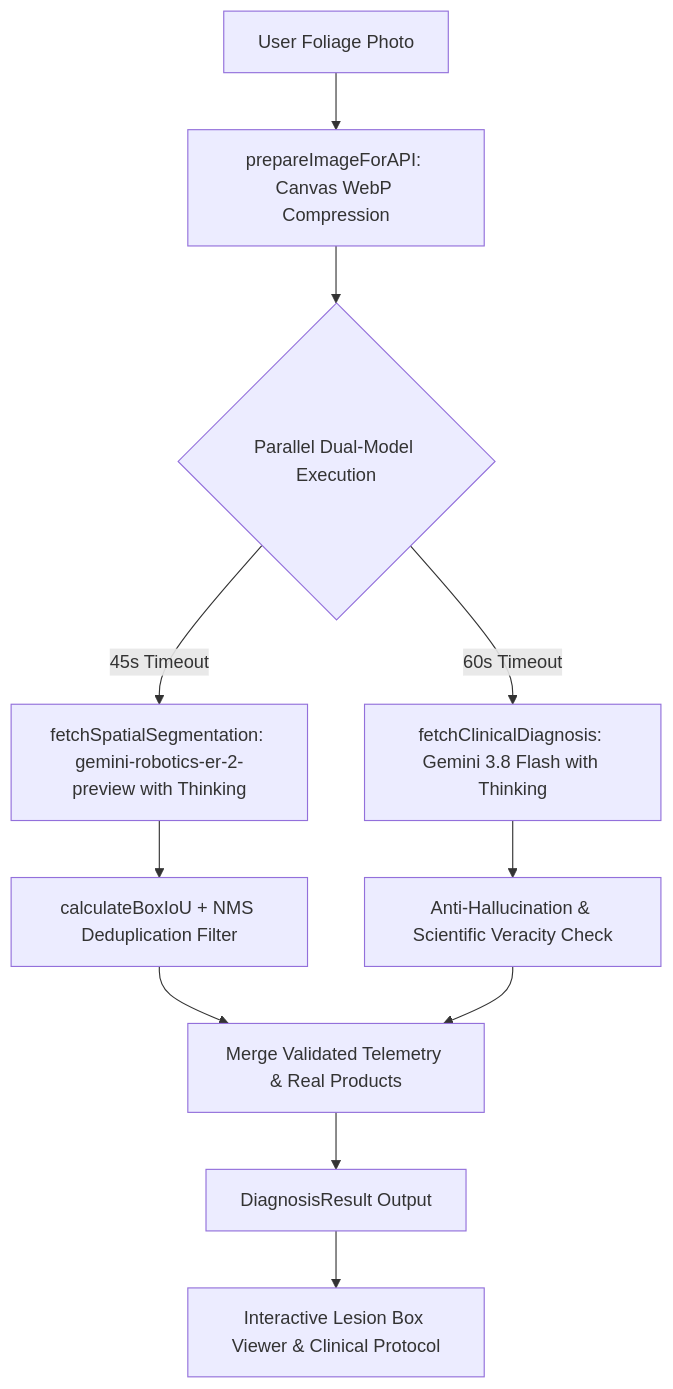
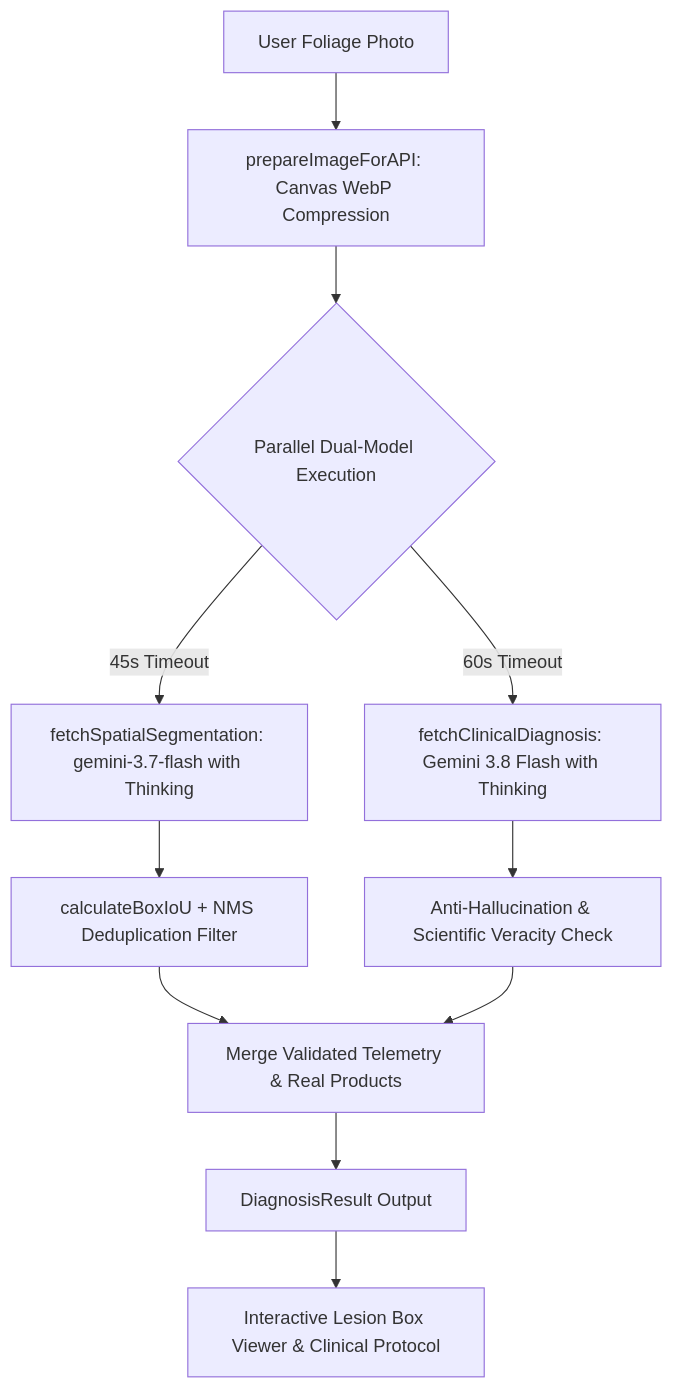
One commit to AadishY/plantdoc changed the diagram in AGENTS.md. Above: the diagram before and after it, drawn with Mermaid. The commit also changed other lines of this file and 19 other files, not shown here.

````diff
--- a/AGENTS.md
+++ b/AGENTS.md
@@ -130,13 +133,13 @@
 ```mermaid
 graph TD
     A[User Foliage Photo] --> B[prepareImageForAPI: Canvas WebP Compression]
     B --> C{Parallel Dual-Model Execution}
     C -->|60s Timeout| D[fetchClinicalDiagnosis: Gemini 3.8 Flash with Thinking]
-    C -->|45s Timeout| E[fetchSpatialSegmentation: gemini-robotics-er-2-preview with Thinking]
+    C -->|45s Timeout| E[fetchSpatialSegmentation: gemini-3.7-flash with Thinking]
     E --> F[calculateBoxIoU + NMS Deduplication Filter]
     D --> G[Anti-Hallucination & Scientific Veracity Check]
     F --> H[Merge Validated Telemetry & Real Products]
     G --> H
     H --> I[DiagnosisResult Output]
     I --> J[Interactive Lesion Box Viewer & Clinical Protocol]
 ```
````
